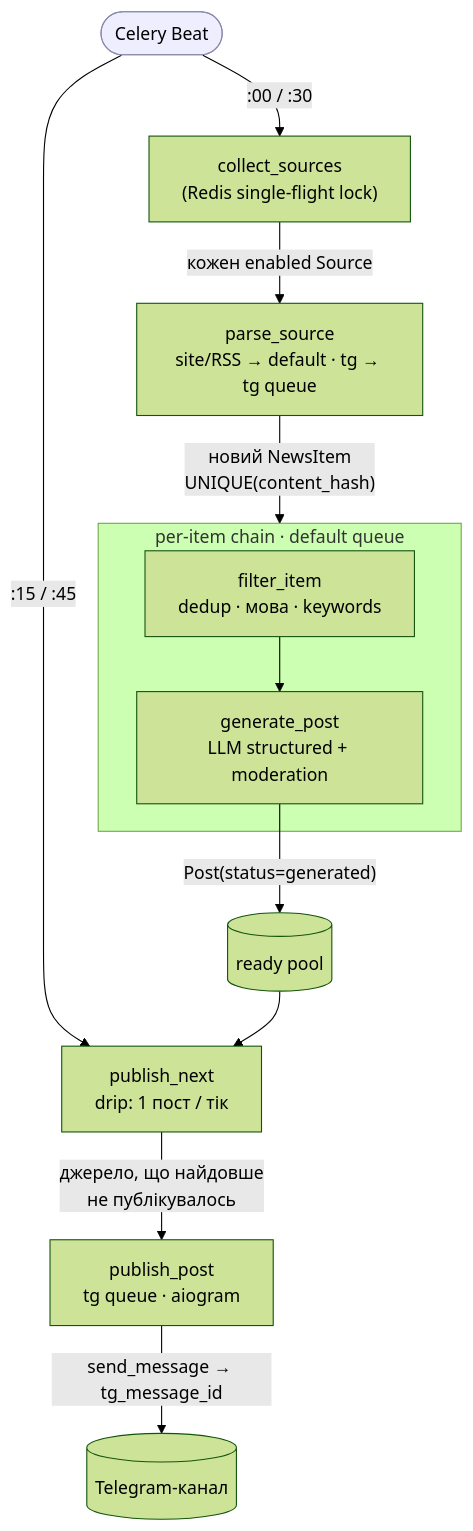
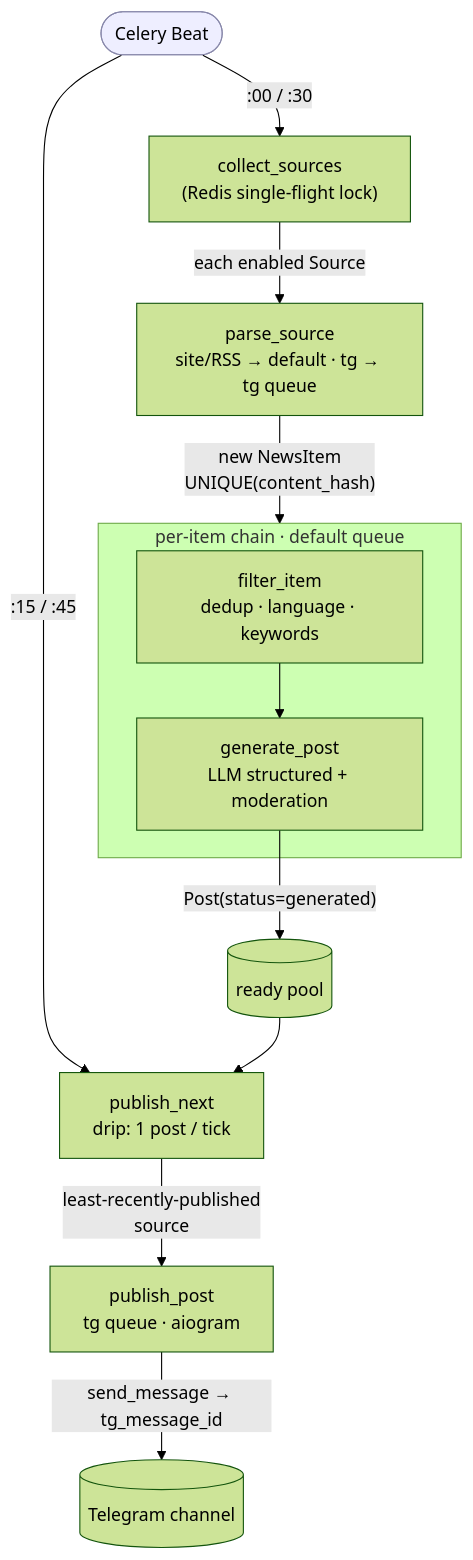
Before and after one commit to semtexfromua/ai-post-bot: the diagram in README.md, drawn with Mermaid (forest theme). The commit also changed other lines of this file and 1 other file, not shown here.

````diff
--- a/README.md
+++ b/README.md
@@ -44,20 +46,20 @@
 ```mermaid
 flowchart TD
     Beat([Celery Beat]):::infra
     Beat -->|":00 / :30"| Collect["collect_sources<br/>(Redis single-flight lock)"]
-    Beat -->|":15 / :45"| Drip["publish_next<br/>drip: 1 пост / тік"]
+    Beat -->|":15 / :45"| Drip["publish_next<br/>drip: 1 post / tick"]
 
-    Collect -->|"кожен enabled Source"| Parse["parse_source<br/>site/RSS → default · tg → tg queue"]
-    Parse -->|"новий NewsItem<br/>UNIQUE(content_hash)"| Chain
+    Collect -->|"each enabled Source"| Parse["parse_source<br/>site/RSS → default · tg → tg queue"]
+    Parse -->|"new NewsItem<br/>UNIQUE(content_hash)"| Chain
 
     subgraph Chain["per-item chain · default queue"]
-      Filter["filter_item<br/>dedup · мова · keywords"] --> Gen["generate_post<br/>LLM structured + moderation"]
+      Filter["filter_item<br/>dedup · language · keywords"] --> Gen["generate_post<br/>LLM structured + moderation"]
     end
 
     Gen -->|"Post(status=generated)"| Pool[("ready pool")]
     Pool --> Drip
-    Drip -->|"джерело, що найдовше<br/>не публікувалось"| Pub["publish_post<br/>tg queue · aiogram"]
-    Pub -->|"send_message → tg_message_id"| Channel[("Telegram-канал")]
+    Drip -->|"least-recently-published<br/>source"| Pub["publish_post<br/>tg queue · aiogram"]
+    Pub -->|"send_message → tg_message_id"| Channel[("Telegram channel")]
 
     classDef infra fill:#eef,stroke:#88a;
 ```
````
